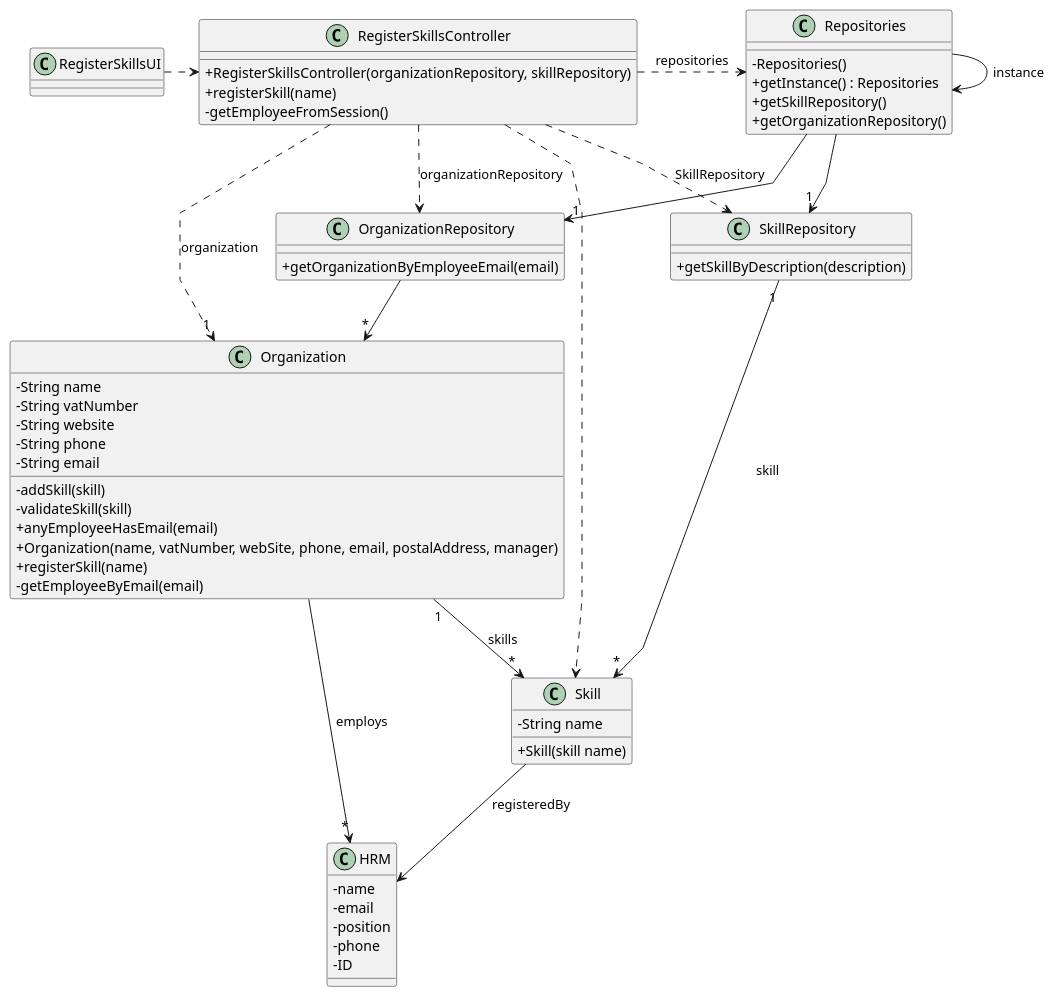
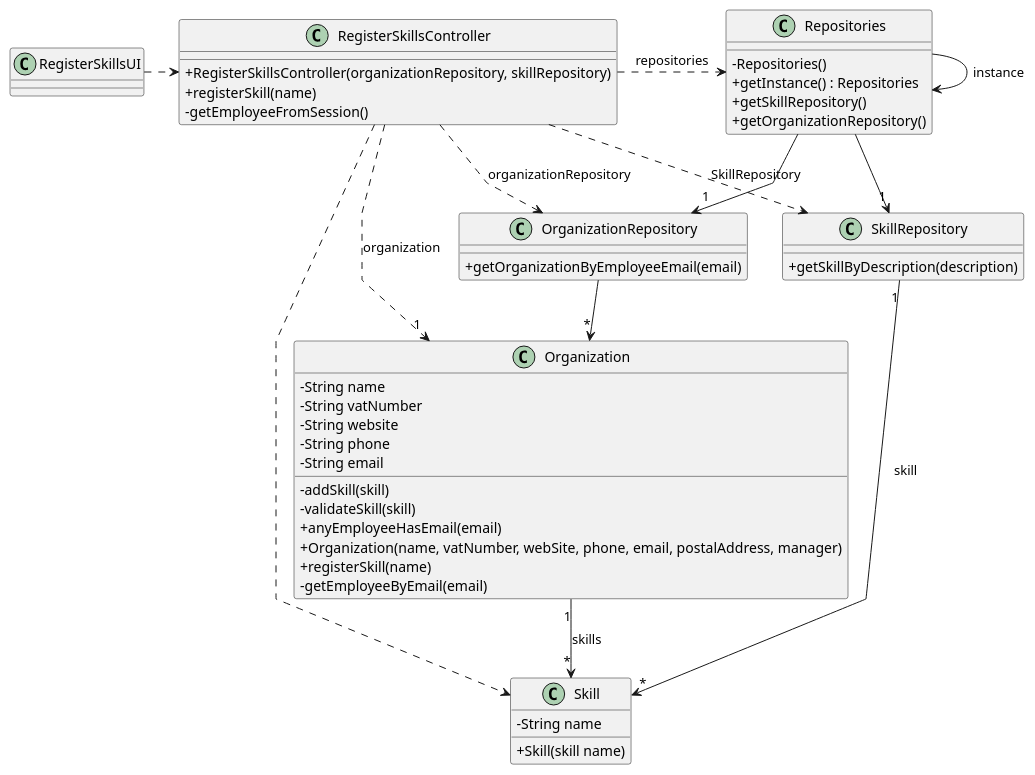
One commit to Departamento-de-Engenharia-Informatica/lei-24-s2-1dl-g121 changed the diagram in docs/sprintB/us001/03.design/puml/us001-class-diagram.puml. Above: the diagram before and after it, drawn with PlantUML. The commit also changed 5 other files, not shown here.

```diff
--- a/docs/sprintB/us001/03.design/puml/us001-class-diagram.puml
+++ b/docs/sprintB/us001/03.design/puml/us001-class-diagram.puml
@@ -1,119 +1,119 @@
 @startuml
 'skinparam monochrome true
 skinparam packageStyle rectangle
 skinparam shadowing false
 skinparam linetype polyline
 'skinparam linetype orto
 
 skinparam classAttributeIconSize 0
 
 'left to right direction
 
 'class ApplicationSession
 '{
 '    + static getInstance()
 '    + getCurrentSession()
 '}
 '
 'class UserSession
 '{
 '    + getUserEmail()
 '}
 
-class HRM {
-    - name
-    - email
-    - position
-    - phone
-    - ID
-}
+'class HRM {
+'    - name
+'    - email
+'    - position
+'    - phone
+'    - ID
+'}
 
 class Skill {
     - String name
 
     + Skill(skill name)
 }
 
 
 class Organization {
     - String name
     - String vatNumber
     - String website
     - String phone
     - String email
 
     - addSkill(skill)
     - validateSkill(skill)
     + anyEmployeeHasEmail(email)
     + Organization(name, vatNumber, webSite, phone, email, postalAddress, manager)
     + registerSkill(name)
     - getEmployeeByEmail(email)
 
 '  +saveTask(task)
 }
 
 class SkillRepository {
     + getSkillByDescription(description)
 }
 
 class OrganizationRepository {
     + getOrganizationByEmployeeEmail(email)
 }
 
 class Repositories {
     - Repositories()
     + getInstance() : Repositories
     + getSkillRepository()
     + getOrganizationRepository()
 }
 
 class RegisterSkillsController {
     + RegisterSkillsController(organizationRepository, skillRepository)
     '+ getTaskCategories()
     + registerSkill(name)
     '- getTaskCategoryByDescription(taskCategoryDescription)
     - getEmployeeFromSession()
 }
 '
 'note right of RegisterSkillsController
 '    - userEmail is obtained
 '    from the user session
 'end note
 '
 'note bottom of SkillRepository
 '    - used for displaying
 '    the skills list
 'end note
 
 class RegisterSkillsUI {
 }
 
 Repositories -> Repositories : instance
 'ApplicationSession -> ApplicationSession : instance
 
 RegisterSkillsUI .> RegisterSkillsController
 
 RegisterSkillsController .> Repositories : repositories
 
 Repositories -> "1" SkillRepository
 
 RegisterSkillsController ..> Skill
 RegisterSkillsController ..> OrganizationRepository : organizationRepository
 RegisterSkillsController ..> SkillRepository : SkillRepository
 
 Repositories --> "1" OrganizationRepository
 
 OrganizationRepository --> "*" Organization
 'ApplicationSession --> "1" UserSession : userSession
 
 RegisterSkillsController ..> "1" Organization : organization
 'RegisterSkillsController ..> ApplicationSession
 'RegisterSkillsController ..> UserSession
 ' Task "*" --> "1" Skill : skill
 SkillRepository "1" --> "*" Skill : skill
 Organization "1" --> "*" Skill : skills
-Skill --> HRM : registeredBy
-
-Organization --> "*" HRM : employs
+'Skill --> HRM : registeredBy
+'
+'Organization --> "*" HRM : employs
 
 @enduml
```
